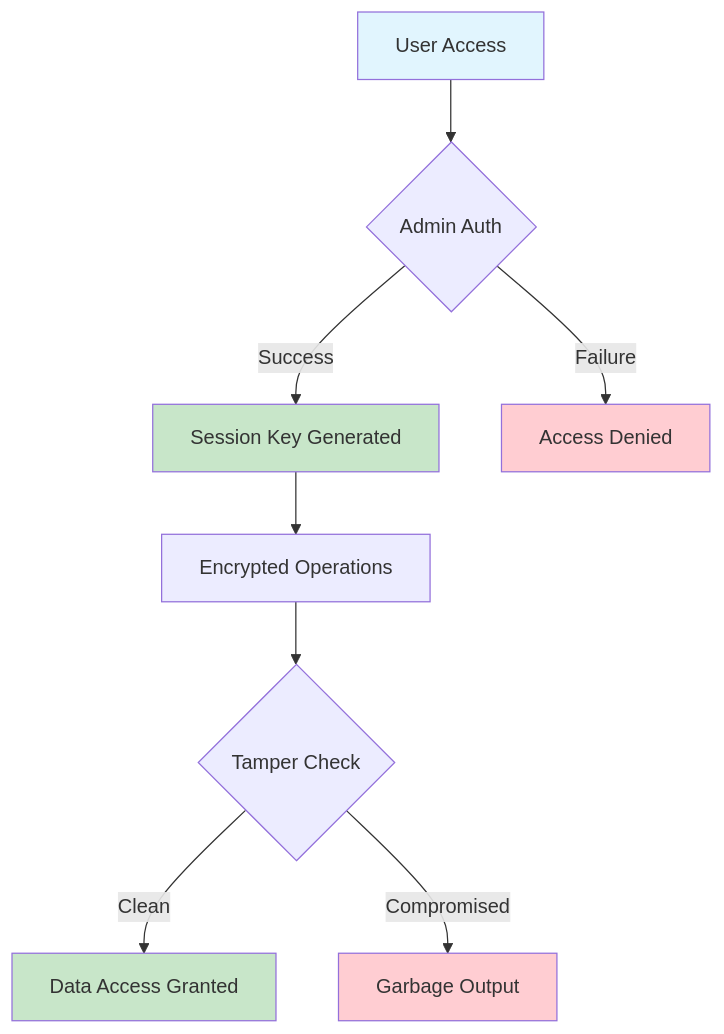
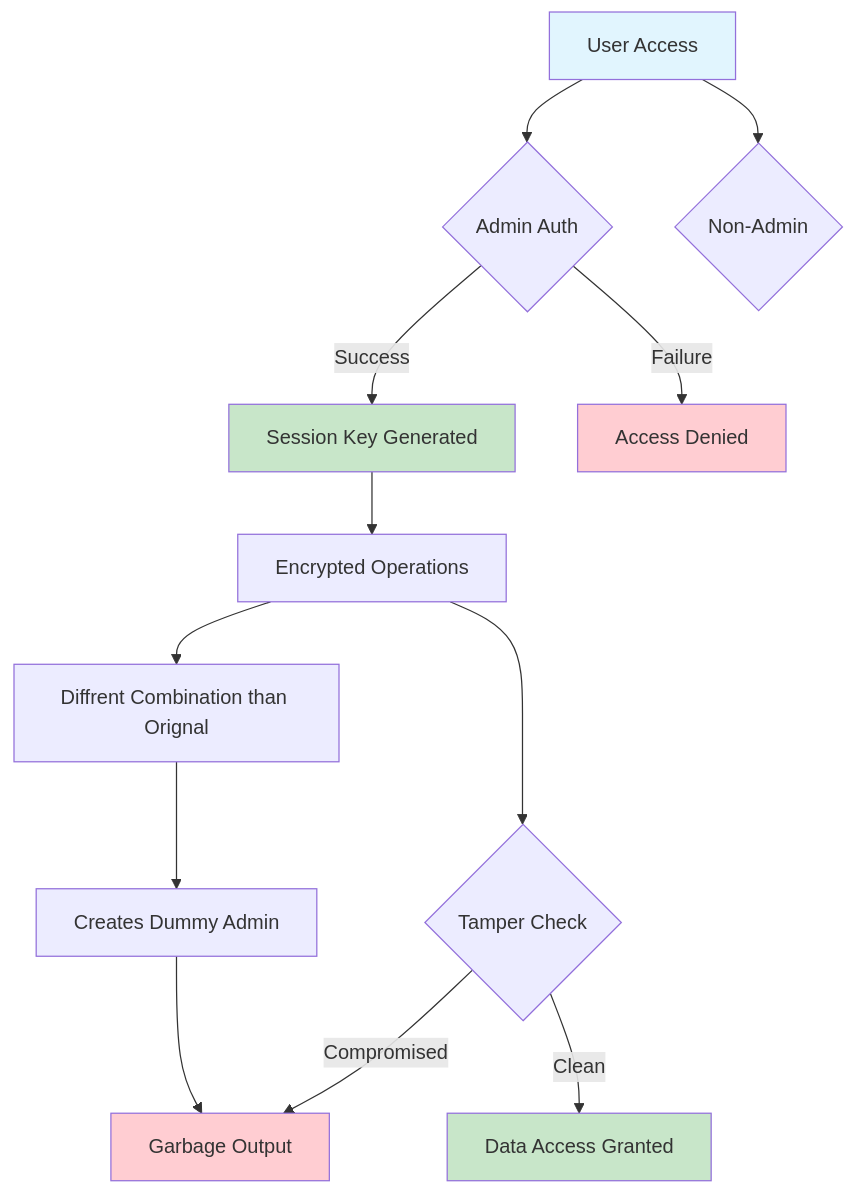
The first of 2 diagrams in README.md (kartikbhartiya/VaultX), drawn with Mermaid before and after one commit.

````diff
--- a/README.md
+++ b/README.md
@@ -105,16 +105,20 @@
 ```mermaid
 graph TD
     A[User Access] --> B{Admin Auth}
+    A --> Y{Non-Admin}
     B -->|Success| C[Session Key Generated]
     B -->|Failure| D[Access Denied]
     C --> E[Encrypted Operations]
+    E --> K[Diffrent Combination than Orignal]
+    K --> X[Creates Dummy Admin]
     E --> F{Tamper Check}
     F -->|Clean| G[Data Access Granted]
+    X --> H
     F -->|Compromised| H[Garbage Output]
     
     style A fill:#e1f5fe
     style C fill:#c8e6c9
     style D fill:#ffcdd2
     style G fill:#c8e6c9
     style H fill:#ffcdd2
 ```
````
